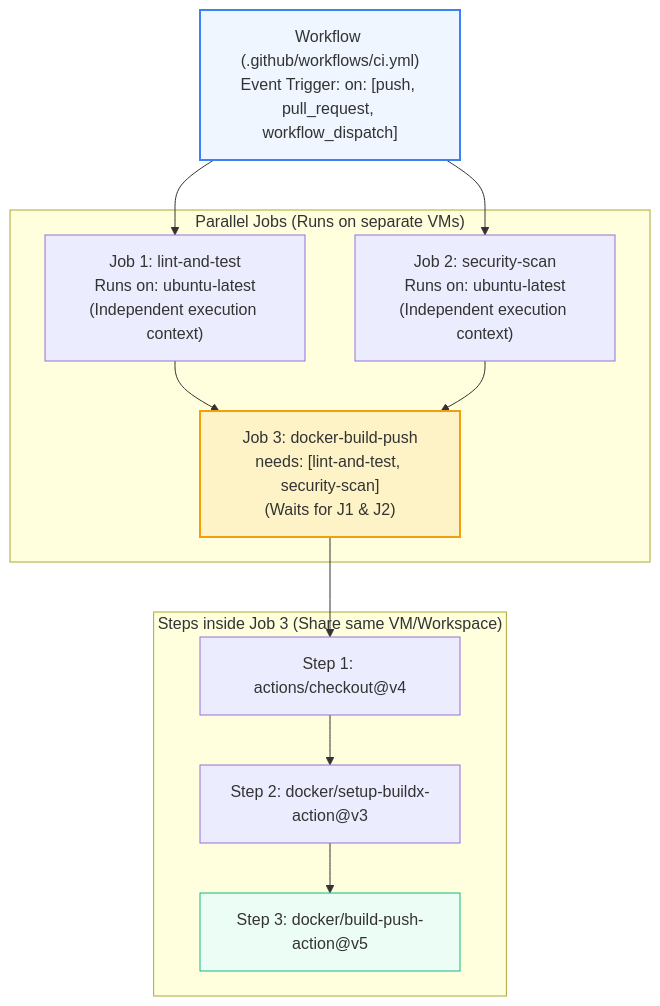
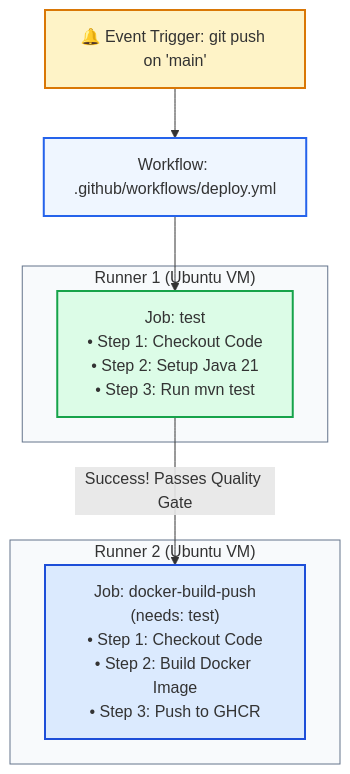
One commit to PandeyKishan/Study-Notes changed the first of 2 diagrams in 04-CICD-Pipelines/02-GitHub-Actions-Deep-Dive.md. Above: the diagram before and after it, drawn with Mermaid. The commit also changed other lines of this file and 20 other files, not shown here.

````diff
--- a/04-CICD-Pipelines/02-GitHub-Actions-Deep-Dive.md
+++ b/04-CICD-Pipelines/02-GitHub-Actions-Deep-Dive.md
@@ -12,26 +30,22 @@
 ```mermaid
 flowchart TD
-    Workflow["Workflow (.github/workflows/ci.yml)\nEvent Trigger: on: [push, pull_request, workflow_dispatch]"]
-    
-    subgraph Jobs["Parallel Jobs (Runs on separate VMs)"]
-        J1["Job 1: lint-and-test\nRuns on: ubuntu-latest\n(Independent execution context)"]
-        J2["Job 2: security-scan\nRuns on: ubuntu-latest\n(Independent execution context)"]
-        J3["Job 3: docker-build-push\nneeds: [lint-and-test, security-scan]\n(Waits for J1 & J2)"]
+    Event["🔔 Event Trigger: git push on 'main'"] --> WF["Workflow: .github/workflows/deploy.yml"]
+
+    subgraph Runner_VM1["Runner 1 (Ubuntu VM)"]
+        J1["Job: test\n• Step 1: Checkout Code\n• Step 2: Setup Java 21\n• Step 3: Run mvn test"]
     end
 
-    subgraph Steps["Steps inside Job 3 (Share same VM/Workspace)"]
-        S1["Step 1: actions/checkout@v4"]
-        S2["Step 2: docker/setup-buildx-action@v3"]
-        S3["Step 3: docker/build-push-action@v5"]
+    subgraph Runner_VM2["Runner 2 (Ubuntu VM)"]
+        J2["Job: docker-build-push\n(needs: test)\n• Step 1: Checkout Code\n• Step 2: Build Docker Image\n• Step 3: Push to GHCR"]
     end
 
-    Workflow --> J1
-    Workflow --> J2
-    J1 --> J3
-    J2 --> J3
-    J3 --> S1 --> S2 --> S3
+    WF --> J1
+    J1 -->|Success! Passes Quality Gate| J2
 
-    style Workflow fill:#eff6ff,stroke:#3b82f6,stroke-width:2px
-    style J3 fill:#fef3c7,stroke:#f59e0b,stroke-width:2px
-    style S3 fill:#ecfdf5,stroke:#10b981,stroke-width:1px
+    style Event fill:#fef3c7,stroke:#d97706,stroke-width:2px
+    style WF fill:#eff6ff,stroke:#2563eb,stroke-width:2px
+    style Runner_VM1 fill:#f8fafc,stroke:#64748b,stroke-width:1px
+    style Runner_VM2 fill:#f8fafc,stroke:#64748b,stroke-width:1px
+    style J1 fill:#dcfce7,stroke:#16a34a,stroke-width:2px
+    style J2 fill:#dbeafe,stroke:#1d4ed8,stroke-width:2px
 ```
````
